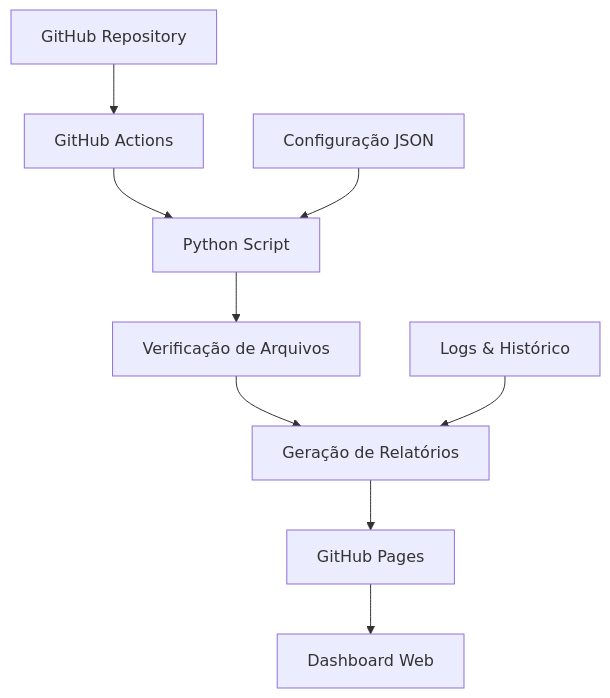
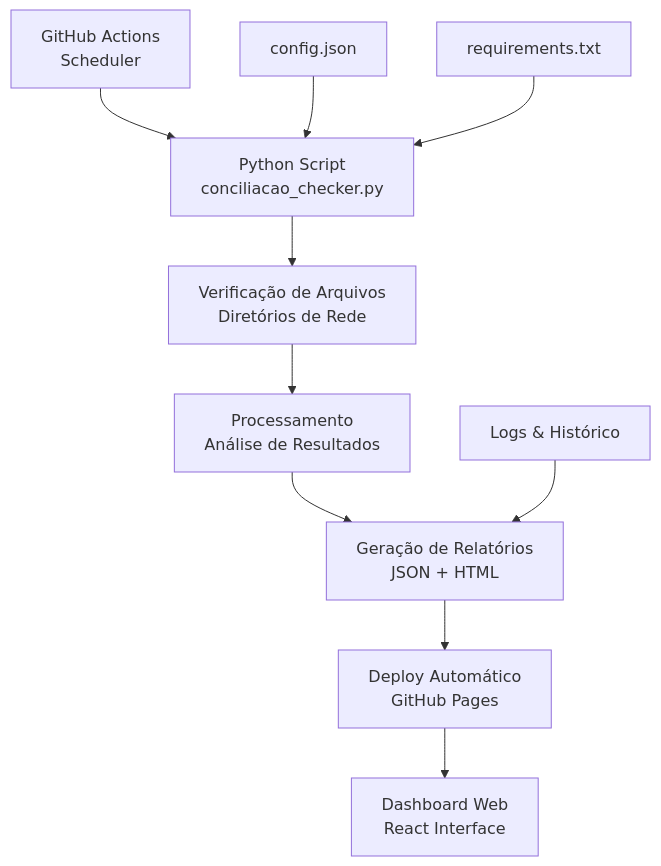
The diagram in automacao-conciliacoes/README.md (LeonardoMedicis/Galapagos-capital), drawn with Mermaid before and after one commit. The commit also changed other lines of this file and 1 other file, not shown here.

````diff
--- a/automacao-conciliacoes/README.md
+++ b/automacao-conciliacoes/README.md
@@ -30,12 +75,13 @@
 ```mermaid
 graph TB
-    A[GitHub Repository] --> B[GitHub Actions]
-    B --> C[Python Script]
-    C --> D[Verificação de Arquivos]
-    D --> E[Geração de Relatórios]
-    E --> F[GitHub Pages]
-    F --> G[Dashboard Web]
+    A[GitHub Actions<br/>Scheduler] --> B[Python Script<br/>conciliacao_checker.py]
+    B --> C[Verificação de Arquivos<br/>Diretórios de Rede]
+    C --> D[Processamento<br/>Análise de Resultados]
+    D --> E[Geração de Relatórios<br/>JSON + HTML]
+    E --> F[Deploy Automático<br/>GitHub Pages]
+    F --> G[Dashboard Web<br/>React Interface]
     
-    H[Configuração JSON] --> C
-    I[Logs & Histórico] --> E
+    H[config.json] --> B
+    I[requirements.txt] --> B
+    J[Logs & Histórico] --> E
 ```
````
